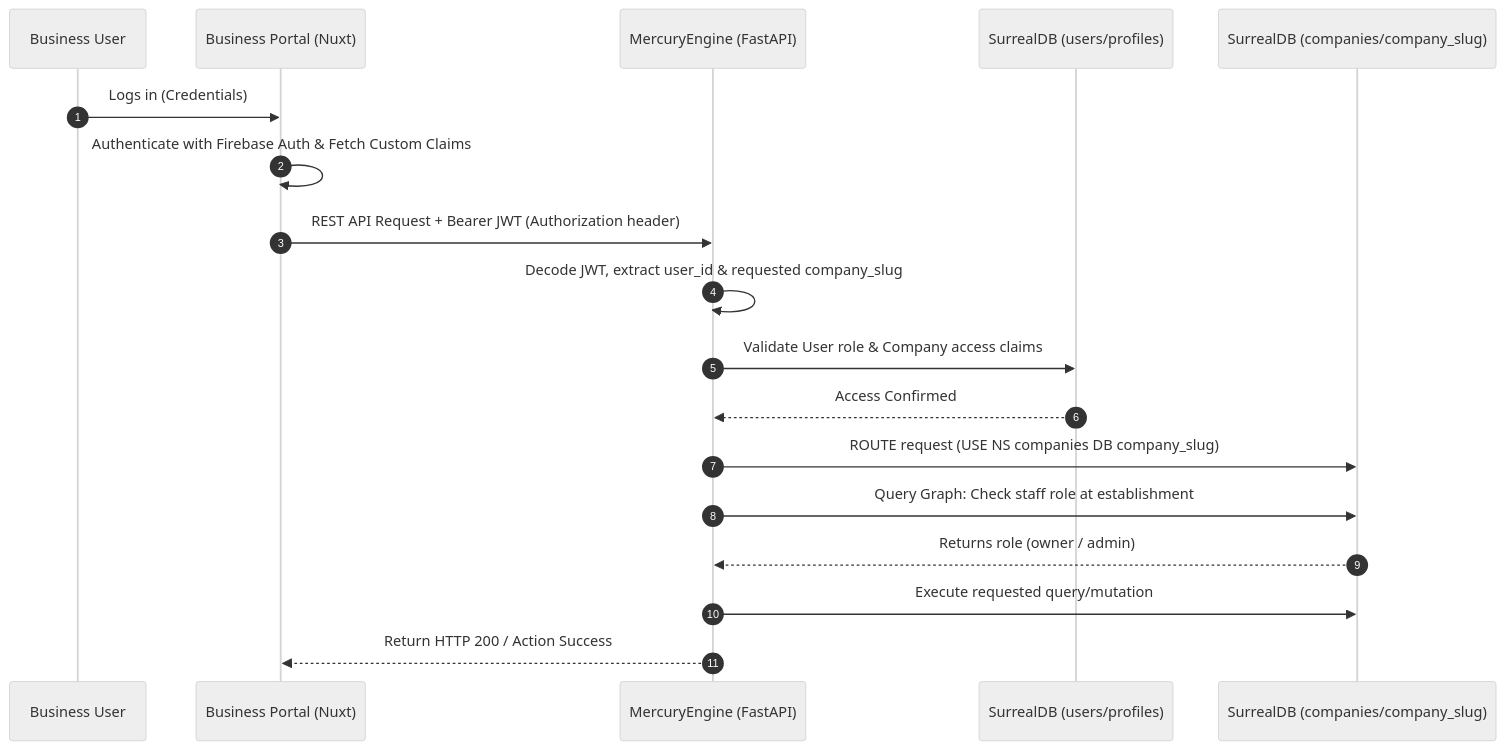
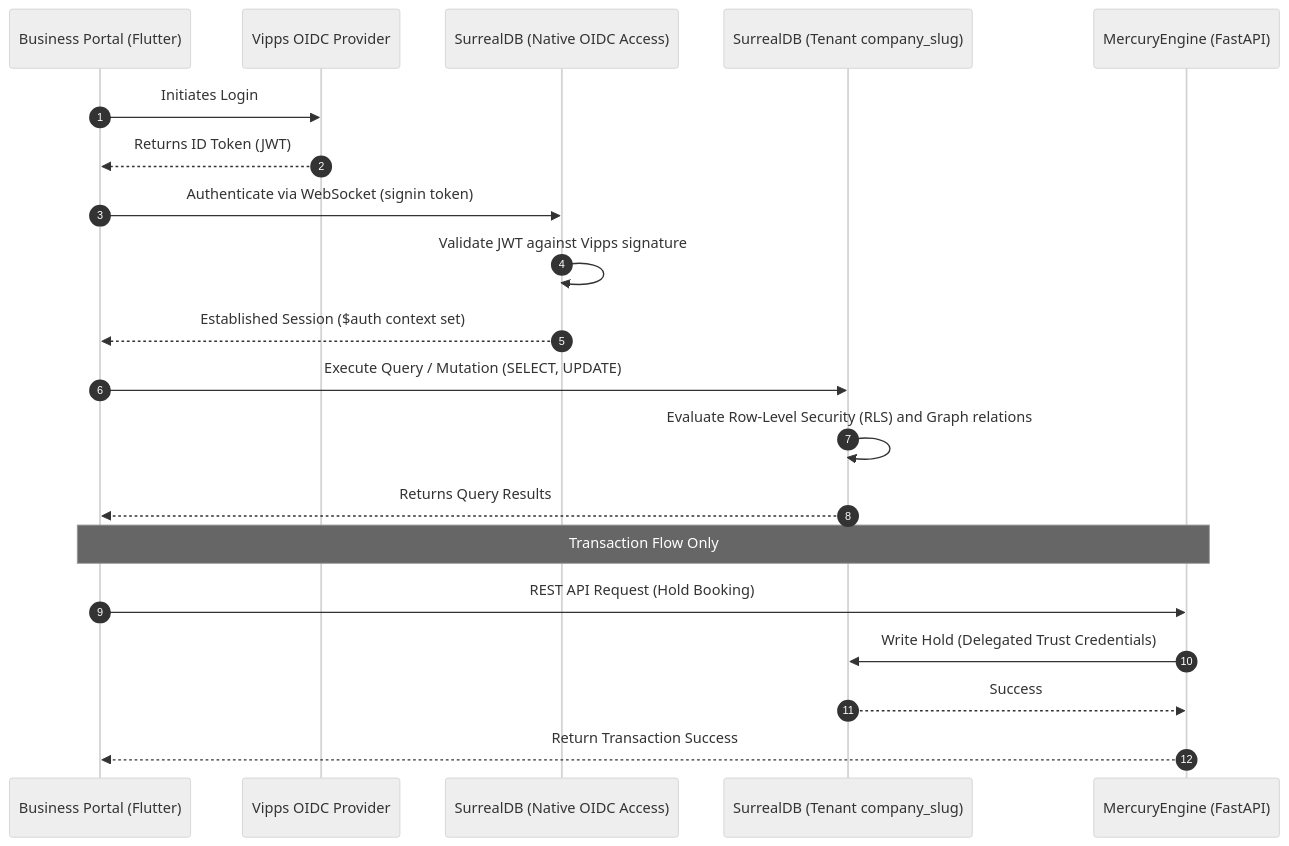
The second of 2 diagrams in conductor/tracks/business-portal/database_flow_design.md (ArnarValur/DittoDatto), drawn with Mermaid (neutral theme) before and after one commit. The commit also changed other lines of this file, not shown here.

Commit message:
checkpoint: correct database flow design report to align with direct-to-SurrealDB architecture

````diff
--- a/conductor/tracks/business-portal/database_flow_design.md
+++ b/conductor/tracks/business-portal/database_flow_design.md
@@ -127,21 +127,24 @@
 ```mermaid
 sequenceDiagram
     autonumber
-    participant User as Business User
-    participant BP as Business Portal (Nuxt)
+    participant Client as Business Portal (Flutter)
+    participant Vipps as Vipps OIDC Provider
+    participant S_NS as SurrealDB (Native OIDC Access)
+    participant S_DB as SurrealDB (Tenant company_slug)
     participant ME as MercuryEngine (FastAPI)
-    participant S_Users as SurrealDB (users/profiles)
-    participant TenantDB as SurrealDB (companies/company_slug)
 
-    User->>BP: Logs in (Credentials)
-    BP->>BP: Authenticate with Firebase Auth & Fetch Custom Claims
-    BP->>ME: REST API Request + Bearer JWT (Authorization header)
-    ME->>ME: Decode JWT, extract user_id & requested company_slug
-    ME->>S_Users: Validate User role & Company access claims
-    S_Users-->>ME: Access Confirmed
-    ME->>TenantDB: ROUTE request (USE NS companies DB company_slug)
-    ME->>TenantDB: Query Graph: Check staff role at establishment
-    TenantDB-->>ME: Returns role (owner / admin)
-    ME->>TenantDB: Execute requested query/mutation
-    ME-->>BP: Return HTTP 200 / Action Success
+    Client->>Vipps: Initiates Login
+    Vipps-->>Client: Returns ID Token (JWT)
+    Client->>S_NS: Authenticate via WebSocket (signin token)
+    S_NS->>S_NS: Validate JWT against Vipps signature
+    S_NS-->>Client: Established Session ($auth context set)
+    Client->>S_DB: Execute Query / Mutation (SELECT, UPDATE)
+    S_DB->>S_DB: Evaluate Row-Level Security (RLS) and Graph relations
+    S_DB-->>Client: Returns Query Results
+    
+    Note over Client, ME: Transaction Flow Only
+    Client->>ME: REST API Request (Hold Booking)
+    ME->>S_DB: Write Hold (Delegated Trust Credentials)
+    S_DB-->>ME: Success
+    ME-->>Client: Return Transaction Success
 ```
````
